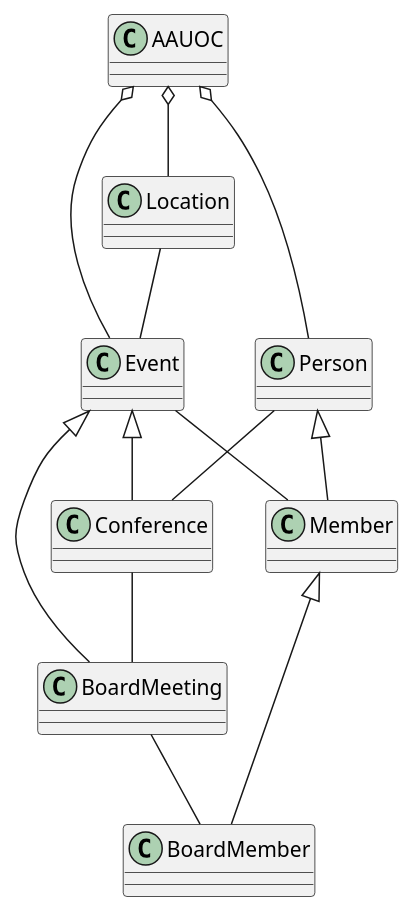
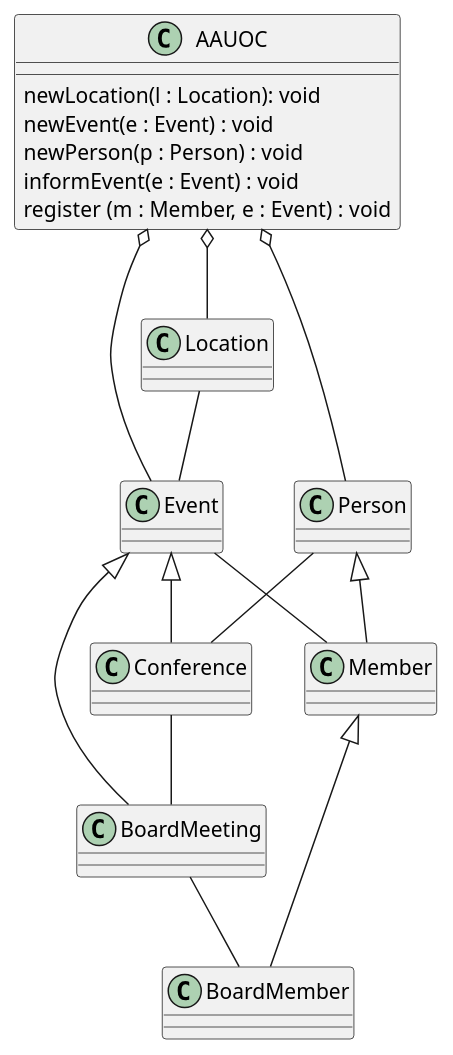
Before and after one commit to DaniJorCa/UMLDanielJordanCarre-o: the diagram in src/UOC.puml, drawn with PlantUML.

Commit message:
metodos AAUOC

```diff
--- a/src/UOC.puml
+++ b/src/UOC.puml
@@ -1,20 +1,28 @@
 @startuml
 
 
 Conference -- BoardMeeting
 Event <|-- Conference
 Event <|-- BoardMeeting
 
 Person <|-- Member
 Member <|-- BoardMember
 
 Person -- Conference
 BoardMeeting -- BoardMember
 Event -- Member
 Location -- Event
 
 AAUOC o-- Person
 AAUOC o-- Event
 AAUOC o-- Location
 
+class AAUOC{
+newLocation(l : Location): void
+newEvent(e : Event) : void
+newPerson(p : Person) : void
+informEvent(e : Event) : void
+register (m : Member, e : Event) : void
+}
+
 @enduml
```
